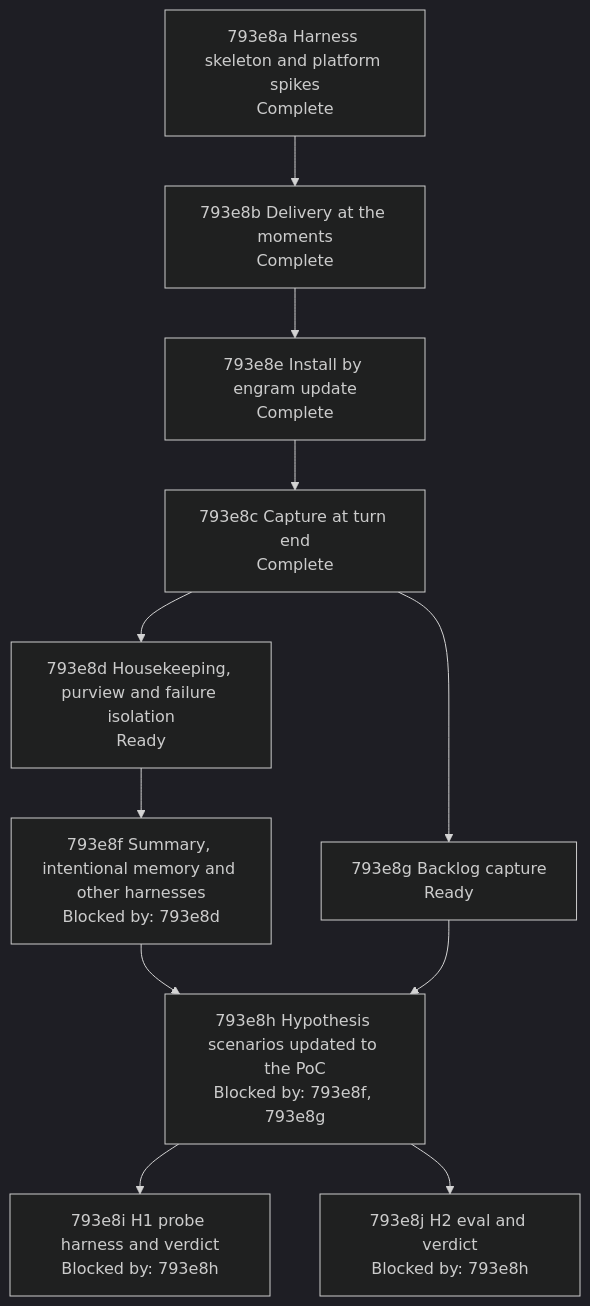
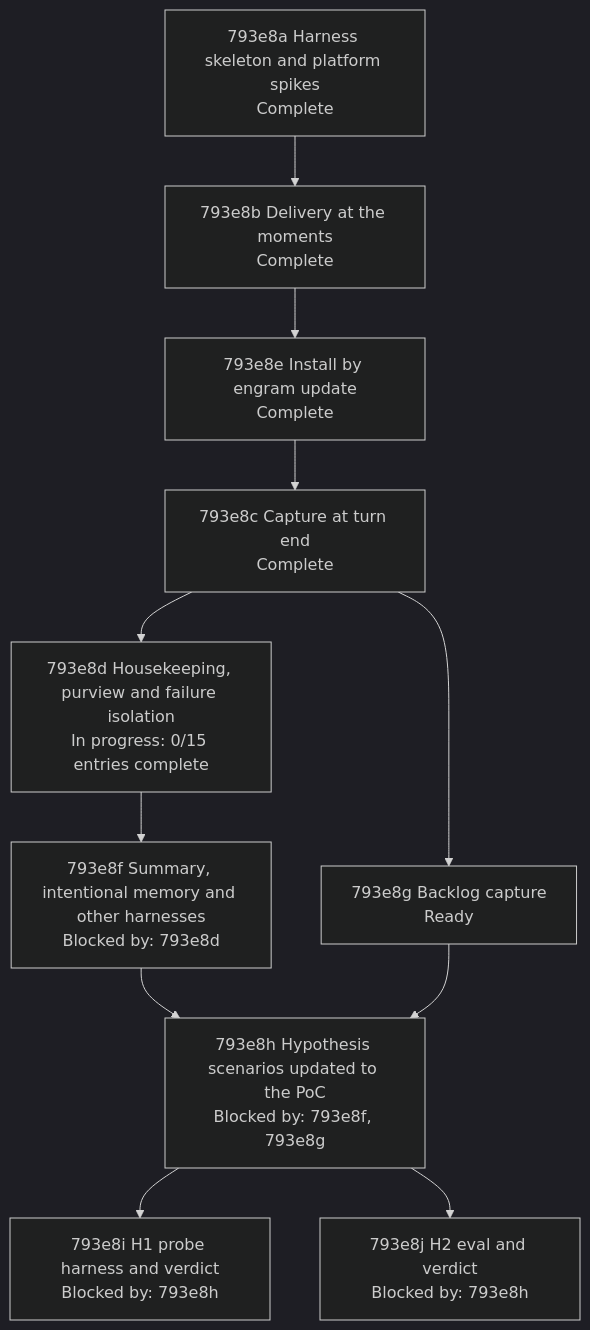
Before and after one commit to toejough/engram: the diagram in docs/changes/793_parallel-memory-agent/793e_implementation-plan.md, drawn with Mermaid (dark theme).

Commit message:
docs(793e8d): node in progress
AI-Used: [claude]

````diff
--- a/docs/changes/793_parallel-memory-agent/793e_implementation-plan.md
+++ b/docs/changes/793_parallel-memory-agent/793e_implementation-plan.md
@@ -214,21 +214,21 @@
 ```mermaid
 flowchart TD
   n793e8a["793e8a Harness skeleton and platform spikes<br/>Complete"]
   n793e8b["793e8b Delivery at the moments<br/>Complete"]
   n793e8e["793e8e Install by engram update<br/>Complete"]
   n793e8c["793e8c Capture at turn end<br/>Complete"]
-  n793e8d["793e8d Housekeeping, purview and failure isolation<br/>Ready"]
+  n793e8d["793e8d Housekeeping, purview and failure isolation<br/>In progress: 0/15 entries complete"]
   n793e8g["793e8g Backlog capture<br/>Ready"]
   n793e8f["793e8f Summary, intentional memory and other harnesses<br/>Blocked by: 793e8d"]
   n793e8h["793e8h Hypothesis scenarios updated to the PoC<br/>Blocked by: 793e8f, 793e8g"]
   n793e8i["793e8i H1 probe harness and verdict<br/>Blocked by: 793e8h"]
   n793e8j["793e8j H2 eval and verdict<br/>Blocked by: 793e8h"]
   n793e8a --> n793e8b --> n793e8e --> n793e8c
   n793e8c --> n793e8d
   n793e8c --> n793e8g
   n793e8d --> n793e8f
   n793e8f --> n793e8h
   n793e8g --> n793e8h
   n793e8h --> n793e8i
   n793e8h --> n793e8j
 ```
````
